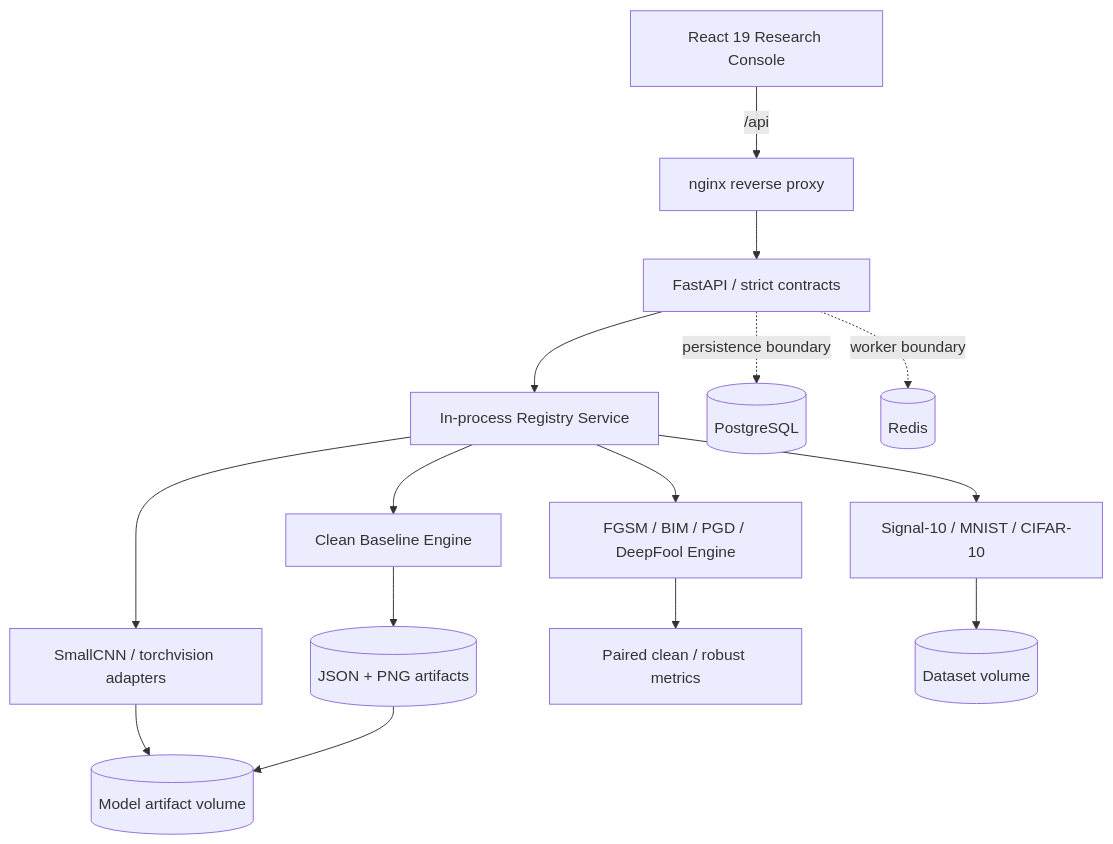
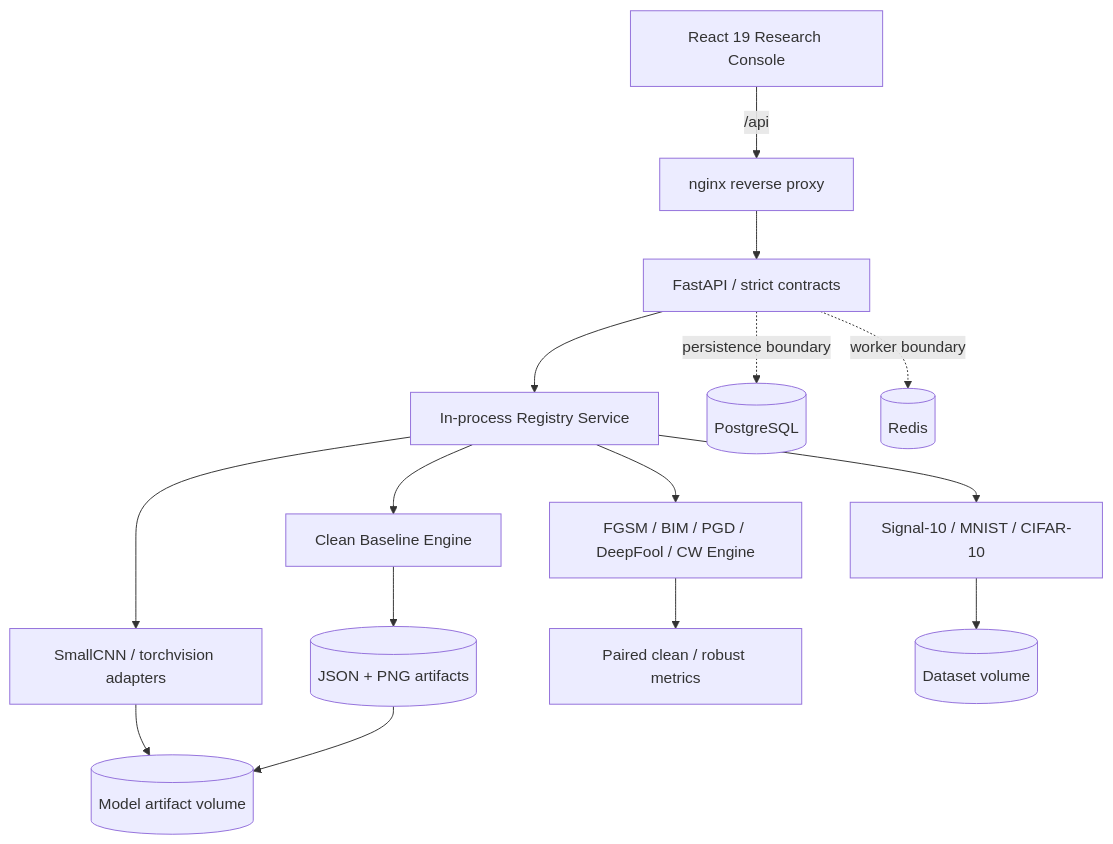
The third of 3 diagrams in README.md (MintKangaroo/AIShield), drawn with Mermaid before and after one commit. The commit also changed other lines of this file and 12 other files, not shown here.

````diff
--- a/README.md
+++ b/README.md
@@ -306,21 +306,21 @@
 ```mermaid
 flowchart TB
     UI["React 19 Research Console"] -->|"/api"| NGINX["nginx reverse proxy"]
     NGINX --> API["FastAPI / strict contracts"]
 
     API --> REG["In-process Registry Service"]
     REG --> DATA["Signal-10 / MNIST / CIFAR-10"]
     REG --> MODEL["SmallCNN / torchvision adapters"]
     REG --> BASE["Clean Baseline Engine"]
-    REG --> ATTACK["FGSM / BIM / PGD / DeepFool Engine"]
+    REG --> ATTACK["FGSM / BIM / PGD / DeepFool / CW Engine"]
 
     BASE --> EVIDENCE[("JSON + PNG artifacts")]
     ATTACK --> METRIC["Paired clean / robust metrics"]
 
     DATA --> DATA_VOL[("Dataset volume")]
     MODEL --> ART_VOL[("Model artifact volume")]
     EVIDENCE --> ART_VOL
 
     API -. "persistence boundary" .-> PG[("PostgreSQL")]
     API -. "worker boundary" .-> REDIS[("Redis")]
 ```
````
